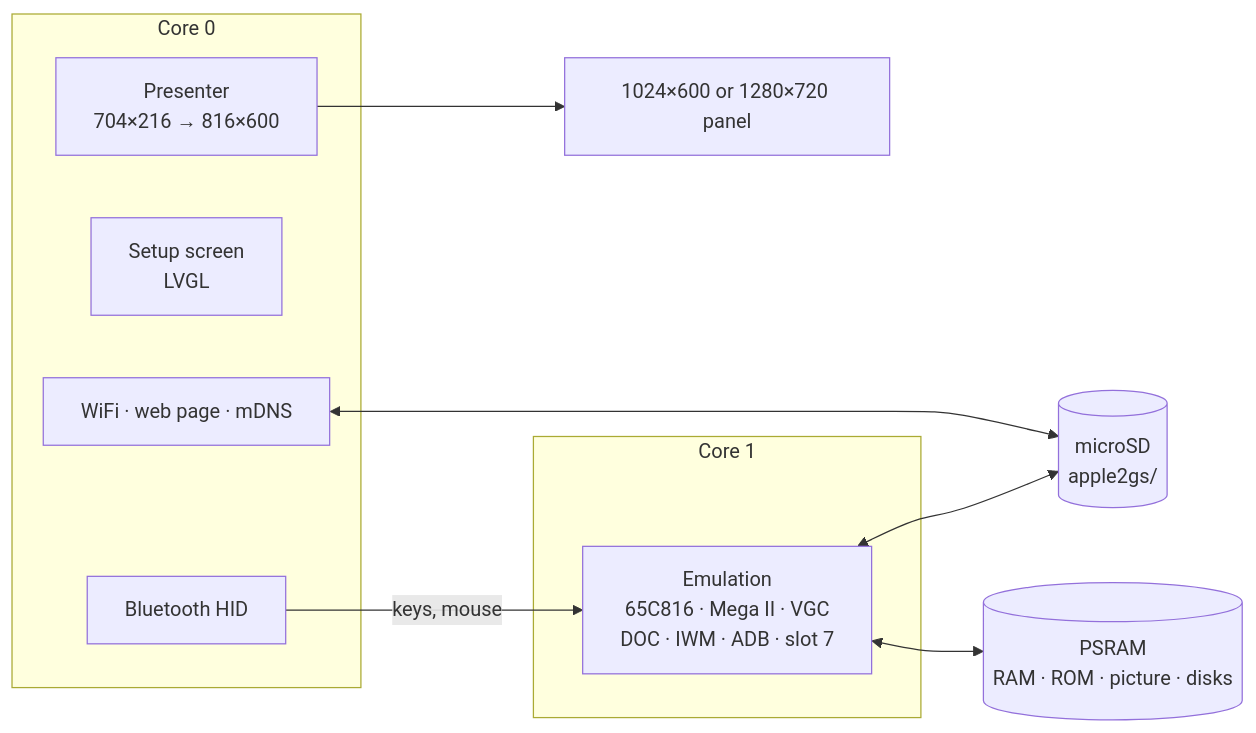
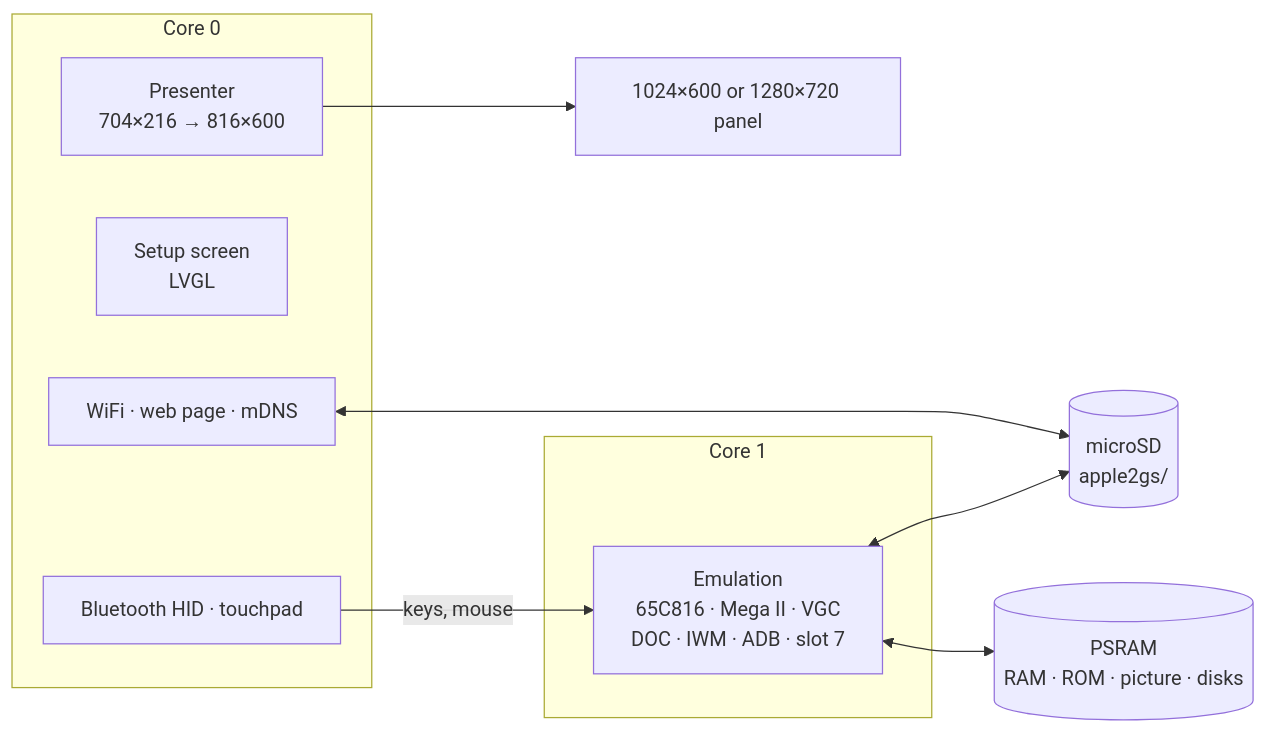
The diagram in README.md (rlucencic/esp32gs), drawn with Mermaid before and after one commit. The commit also changed other lines of this file and 4 other files, not shown here.

````diff
--- a/README.md
+++ b/README.md
@@ -206,19 +209,19 @@
 ```mermaid
 flowchart LR
   subgraph core1 [Core 1]
     EMU["Emulation<br>65C816 · Mega II · VGC<br>DOC · IWM · ADB · slot 7"]
   end
   subgraph core0 [Core 0]
     PRES[Presenter<br>704×216 → 816×600]
     UI[Setup screen<br>LVGL]
     NET[WiFi · web page · mDNS]
-    BLE[Bluetooth HID]
+    BLE[Bluetooth HID · touchpad]
   end
   PSRAM[(PSRAM<br>RAM · ROM · picture · disks)]
   SD[(microSD<br>apple2gs/)]
   EMU <--> PSRAM
   PRES --> LCD[1024×600 or 1280×720 panel]
   BLE -- keys, mouse --> EMU
   EMU <--> SD
   NET <--> SD
 ```
````
